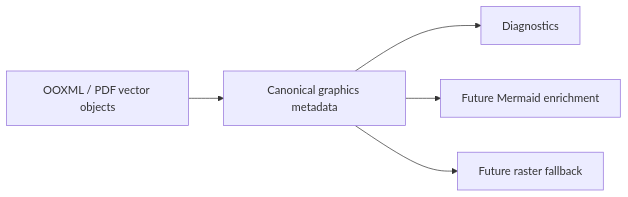
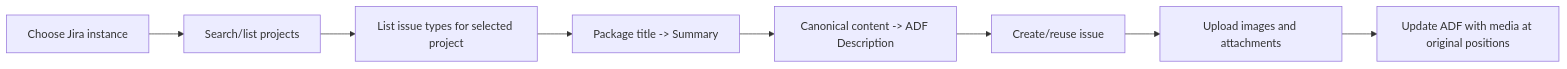
The third of 3 diagrams in README.md (orenault/docspecbridge), drawn with Mermaid before and after one commit. The commit also changed other lines of this file and 19 other files, not shown here.

````diff
--- a/README.md
+++ b/README.md
@@ -289,7 +250,11 @@
 ```mermaid
 flowchart LR
-    V[OOXML / PDF vector objects] --> G[Canonical graphics metadata]
-    G --> D[Diagnostics]
-    G --> M[Future Mermaid enrichment]
-    G --> R[Future raster fallback]
+    I[Choose Jira instance]
+    I --> P[Search/list projects]
+    P --> T[List issue types for selected project]
+    T --> S[Package title -> Summary]
+    S --> D[Canonical content -> ADF Description]
+    D --> C[Create/reuse issue]
+    C --> A[Upload images and attachments]
+    A --> U[Update ADF with media at original positions]
 ```
````
